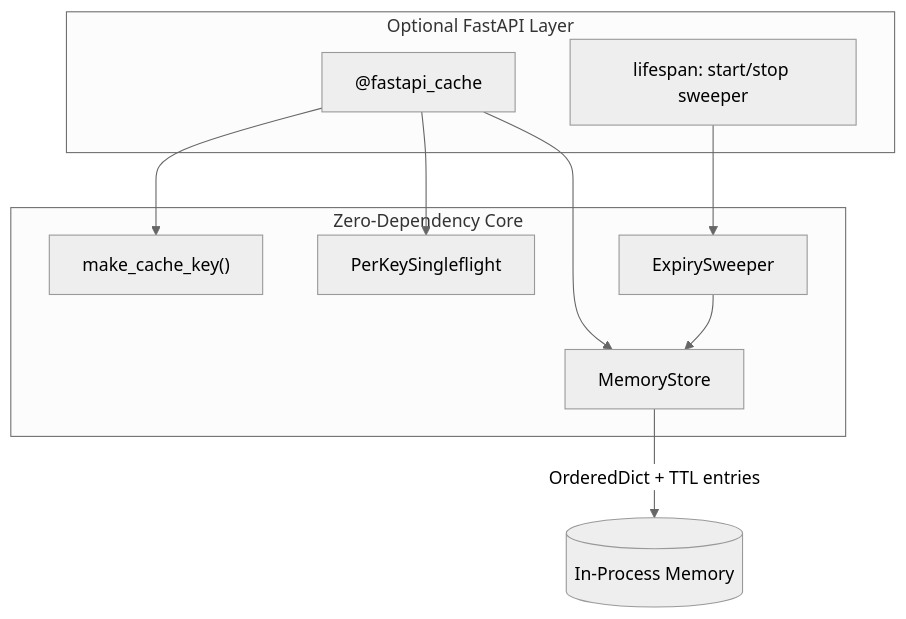
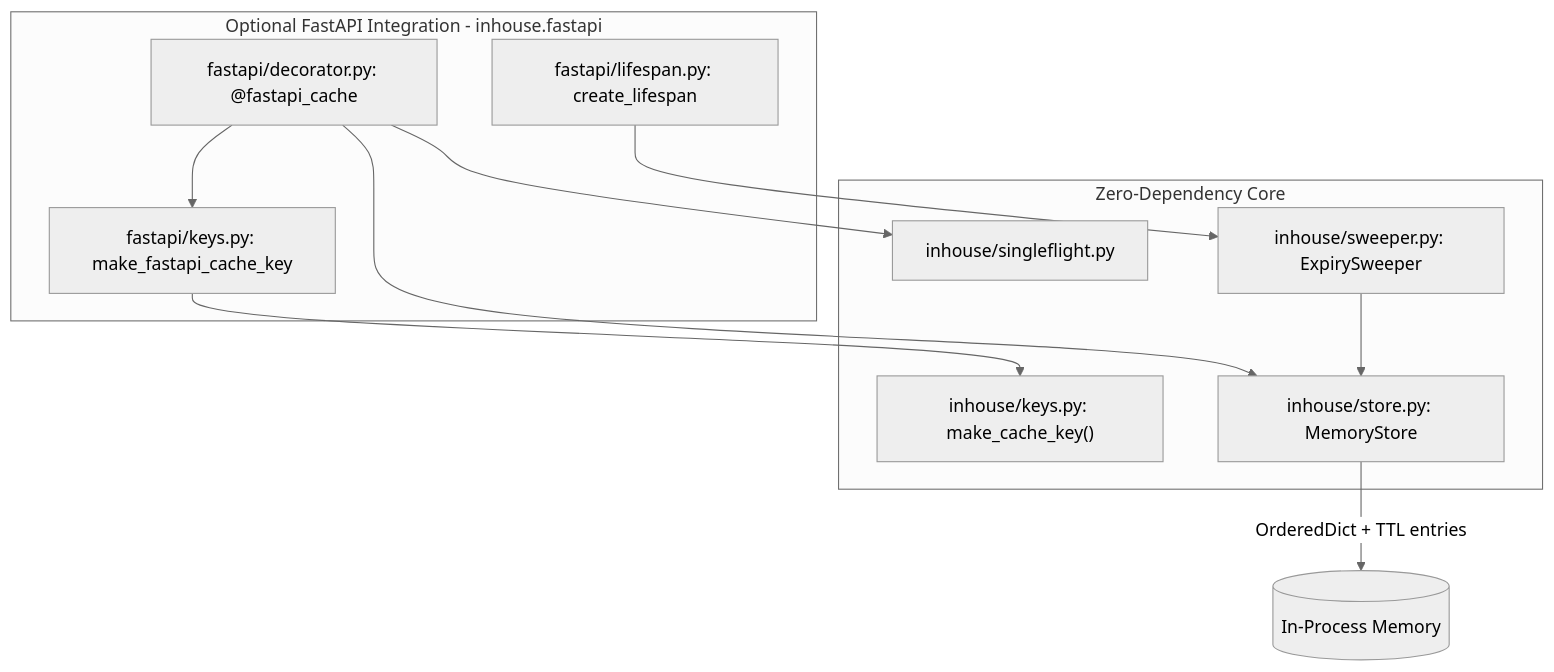
Before and after one commit to kineticquant/inhouse: the diagram in README.md, drawn with Mermaid (neutral theme). The commit also changed other lines of this file, not shown here.

Commit message:
updated with v0.1.2 notes

````diff
--- a/README.md
+++ b/README.md
@@ -262,21 +265,23 @@
 ```mermaid
 flowchart TB
-    subgraph fastapi_layer [Optional FastAPI Layer]
-        Decorator["@fastapi_cache"]
-        Lifespan["lifespan: start/stop sweeper"]
+    subgraph fastapi_layer [Optional FastAPI Integration - inhouse.fastapi]
+        FDecorator["fastapi/decorator.py: @fastapi_cache"]
+        FLifespan["fastapi/lifespan.py: create_lifespan"]
+        FKeys["fastapi/keys.py: make_fastapi_cache_key"]
     end
 
     subgraph core [Zero-Dependency Core]
-        KeyBuilder["make_cache_key()"]
-        Store["MemoryStore"]
-        Singleflight["PerKeySingleflight"]
-        Sweeper["ExpirySweeper"]
+        KeyBuilder["inhouse/keys.py: make_cache_key()"]
+        Store["inhouse/store.py: MemoryStore"]
+        Singleflight["inhouse/singleflight.py"]
+        Sweeper["inhouse/sweeper.py: ExpirySweeper"]
     end
 
-    Decorator --> KeyBuilder
-    Decorator --> Store
-    Decorator --> Singleflight
-    Lifespan --> Sweeper
+    FDecorator --> FKeys
+    FKeys --> KeyBuilder
+    FDecorator --> Store
+    FDecorator --> Singleflight
+    FLifespan --> Sweeper
     Sweeper --> Store
     Store -->|"OrderedDict + TTL entries"| Memory[(In-Process Memory)]
 ```
````
